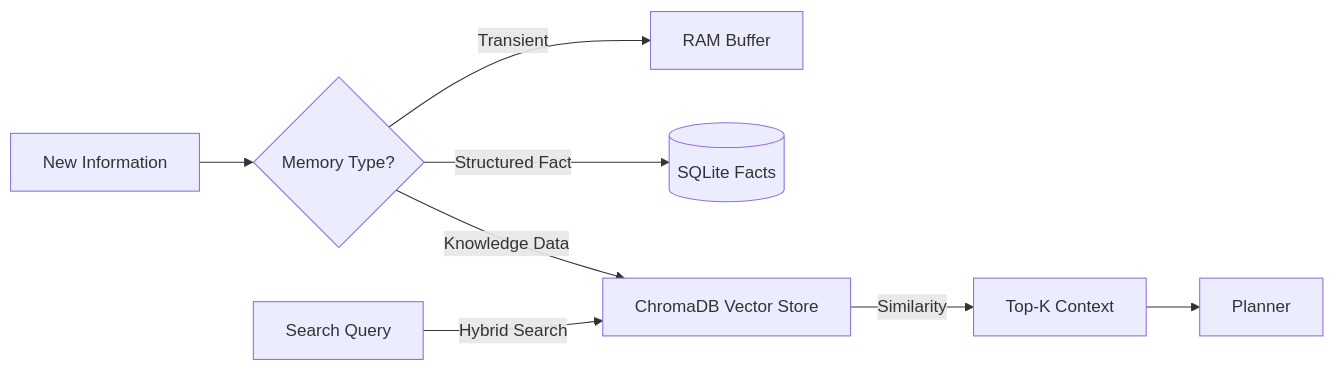
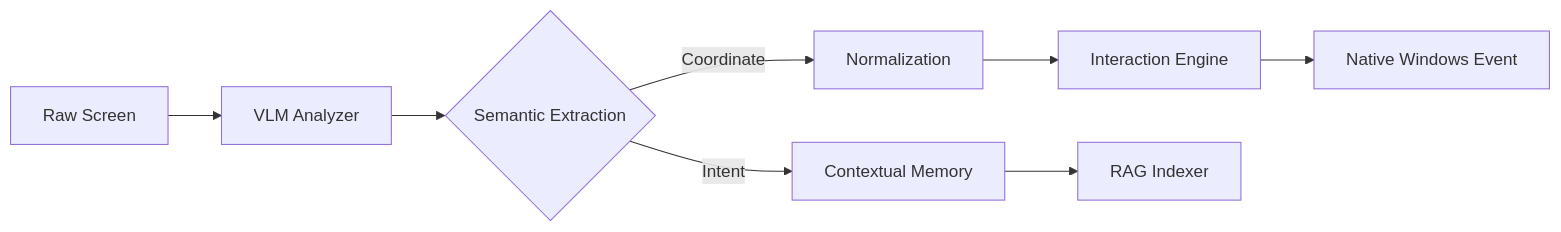
Before and after one commit to Sirius6907/B.U.D.D.Y-Mark-67: the second of 4 diagrams in README.md, drawn with Mermaid. The commit also changed other lines of this file, not shown here.

Commit message:
docs: Enhance README with comprehensive engineering details, diagrams, and benchmarks

````diff
--- a/README.md
+++ b/README.md
@@ -64,11 +50,10 @@
 ```mermaid
 graph LR
-    Input[New Information] --> Classify{Memory Type?}
-    Classify -->|Transient| Buffer[RAM Buffer]
-    Classify -->|Structured Fact| SQL[(SQLite Facts)]
-    Classify -->|Knowledge Data| RAG[ChromaDB Vector Store]
-    
-    Query[Search Query] -->|Hybrid Search| RAG
-    RAG -->|Similarity| Context[Top-K Context]
-    Context --> Planner
+    A[Raw Screen] --> B[VLM Analyzer]
+    B --> C{Semantic Extraction}
+    C -->|Coordinate| D[Normalization]
+    C -->|Intent| E[Contextual Memory]
+    D --> F[Interaction Engine]
+    E --> G[RAG Indexer]
+    F --> H[Native Windows Event]
 ```
````
